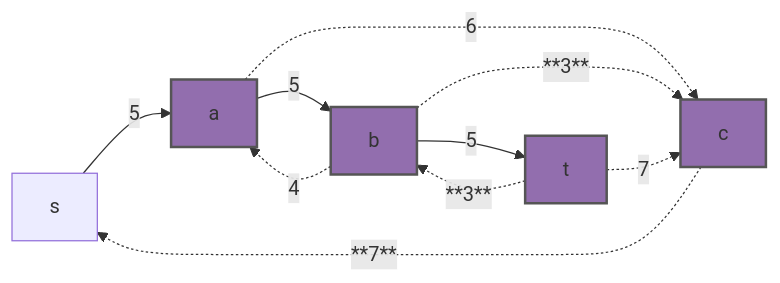
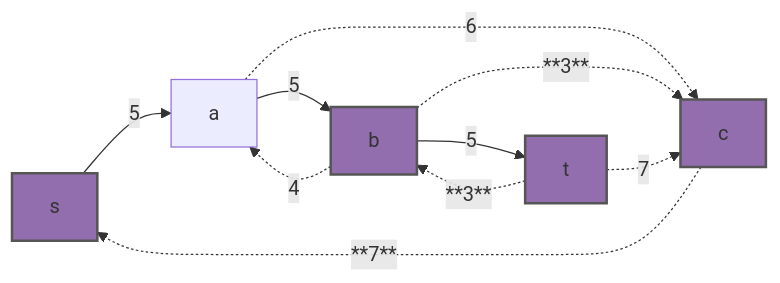
The seventh of 14 diagrams in task-9/mikhailkrug.md (hse-algo-24-owl/manual-tasks-owl), drawn with Mermaid before and after one commit.

````diff
--- a/task-9/mikhailkrug.md
+++ b/task-9/mikhailkrug.md
@@ -97,16 +97,16 @@
 ```mermaid
 graph LR
     s-->|5|a
     c-.->|**7**|s
     a-->|5|b
     a-.->|6|c
     b-.->|**3**|c
     b-.->|4|a
     b-->|5|t
     t-.->|**3**|b
     t-.->|7|c
-    style a fill:#926EAE,stroke:#555,stroke-width:2px
+    style s fill:#926EAE,stroke:#555,stroke-width:2px
     style t fill:#926EAE,stroke:#555,stroke-width:2px
     style b fill:#926EAE,stroke:#555,stroke-width:2px
     style c fill:#926EAE,stroke:#555,stroke-width:2px
 ```
````
